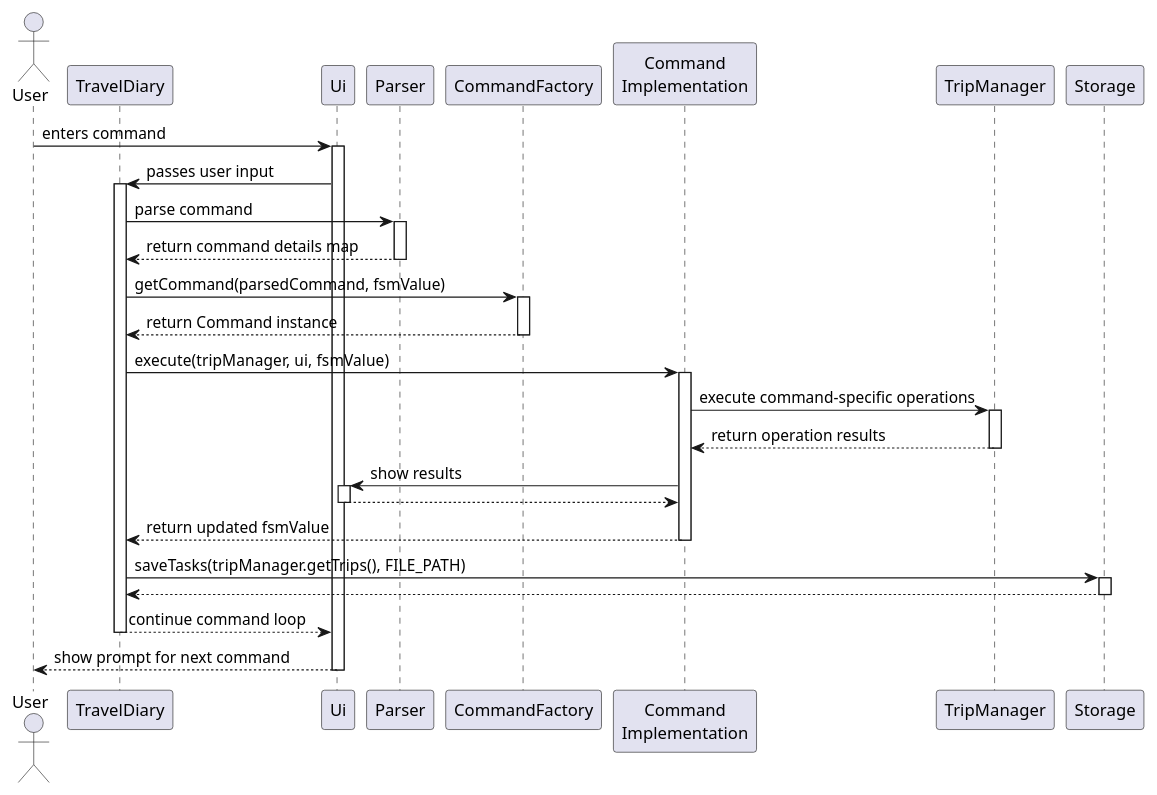
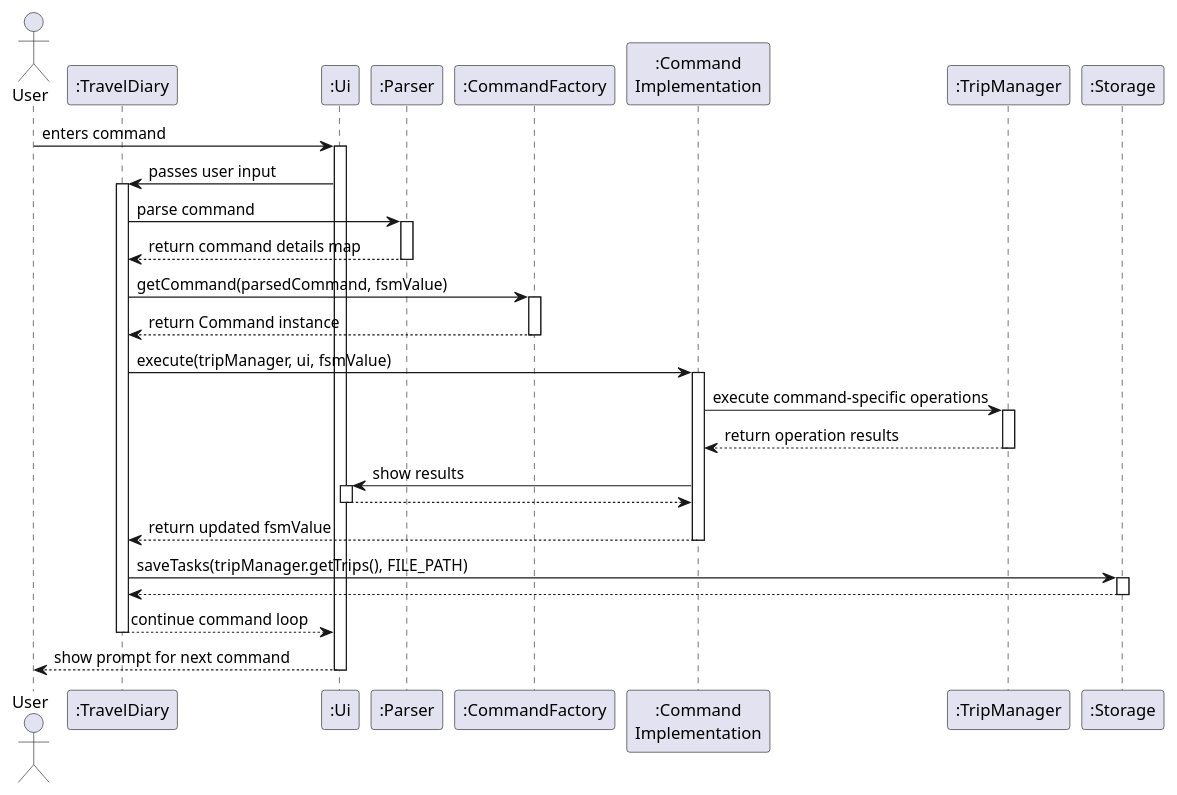
The diagram in docs/puml_files/Architecture.puml (ojassurana/tp), drawn with PlantUML before and after one commit. The commit also changed 2 other files, not shown here.

Commit message:
Add colon to sequence diagram

```diff
--- a/docs/puml_files/Architecture.puml
+++ b/docs/puml_files/Architecture.puml
@@ -1,52 +1,52 @@
 @startuml TravelDiarySequenceDiagram
 
 actor User
-participant TravelDiary as Main
-participant Ui
-participant Parser
-participant CommandFactory
-participant "Command\nImplementation" as Command
-participant TripManager
-participant Storage
+participant ":TravelDiary" as Main
+participant ":Ui" as Ui
+participant ":Parser" as Parser
+participant ":CommandFactory" as CommandFactory
+participant ":Command\nImplementation" as Command
+participant ":TripManager" as TripManager
+participant ":Storage" as Storage
 
 User -> Ui : enters command
 activate Ui
 Ui -> Main : passes user input
 activate Main
 Main -> Parser : parse command
 activate Parser
 Parser --> Main : return command details map
 deactivate Parser
 
 Main -> CommandFactory : getCommand(parsedCommand, fsmValue)
 activate CommandFactory
 CommandFactory --> Main : return Command instance
 deactivate CommandFactory
 
 Main -> Command : execute(tripManager, ui, fsmValue)
 activate Command
 Command -> TripManager : execute command-specific operations
 activate TripManager
 TripManager --> Command : return operation results
 deactivate TripManager
 
 Command -> Ui : show results
 activate Ui
 Ui --> Command :
 deactivate Ui
 
 Command --> Main : return updated fsmValue
 deactivate Command
 
 Main -> Storage : saveTasks(tripManager.getTrips(), FILE_PATH)
 activate Storage
 Storage --> Main :
 deactivate Storage
 
 Main --> Ui : continue command loop
 deactivate Main
 
 Ui --> User : show prompt for next command
 deactivate Ui
 
 @enduml
```
